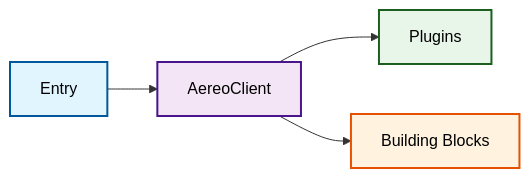
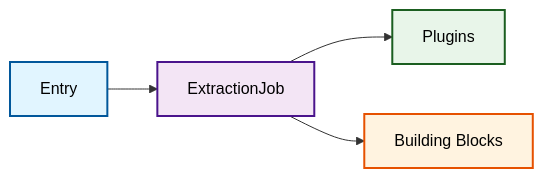
Before and after one commit to frandorr/aereo: the third of 7 diagrams in docs/architecture/architecture-visual.md, drawn with Mermaid. The commit also changed other lines of this file and 17 other files, not shown here.

Commit message:
docs: update docs to ExtractionJob orchestration and Executor model

````diff
--- a/docs/architecture/architecture-visual.md
+++ b/docs/architecture/architecture-visual.md
@@ -62,16 +62,16 @@
 ```mermaid
 flowchart LR
     classDef entry fill:#e1f5ff,stroke:#01579b,stroke-width:2px,color:#000
     classDef core fill:#f3e5f5,stroke:#4a148c,stroke-width:2px,color:#000
     classDef plugin fill:#e8f5e9,stroke:#1b5e20,stroke-width:2px,color:#000
     classDef data fill:#fff3e0,stroke:#e65100,stroke-width:2px,color:#000
 
     A["Entry"]:::entry
-    B["AereoClient"]:::core
+    B["ExtractionJob"]:::core
     C["Plugins"]:::plugin
     D["Building Blocks"]:::data
 
     A --> B
     B --> C
     B --> D
 ```
````
